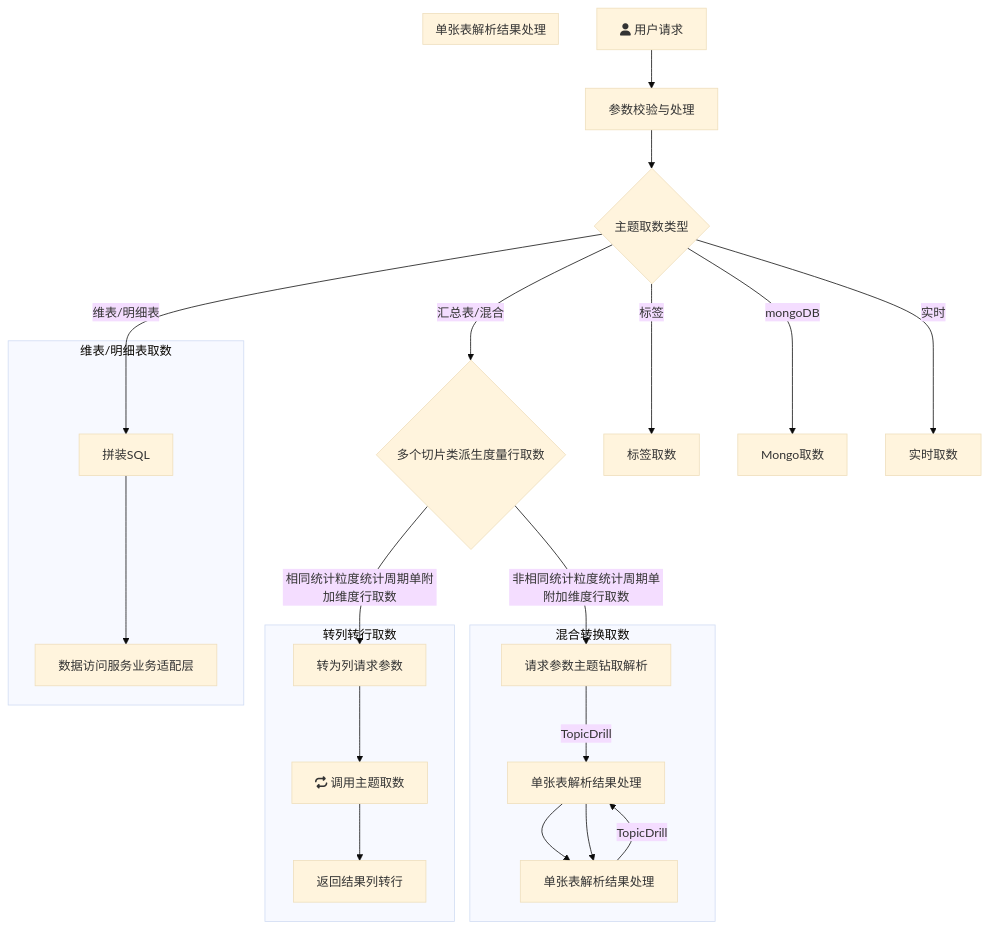
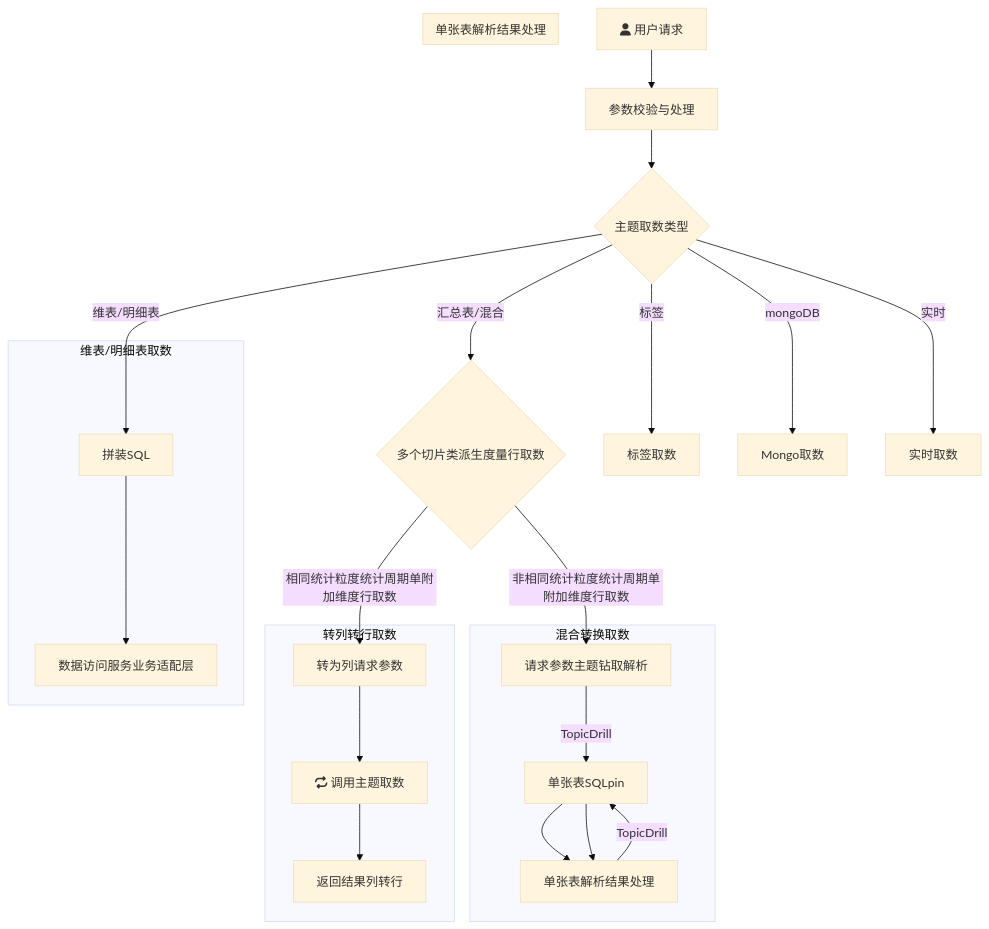
Before and after one commit to yanglosm/iodraw-files: the diagram in all/未命名.md, drawn with Mermaid (base theme).

Commit message:
2024-11-29 18:45:20 update

````diff
--- a/all/未命名.md
+++ b/all/未命名.md
@@ -1,23 +1,23 @@
 ```mermaid
 flowchart TD
     A[fa:fa-user 用户请求] -->A1[参数校验与处理] --> B{主题取数类型}
     B -->|维表/明细表| D[拼装SQL]
     B -->|汇总表/混合| E{多个切片类派生度量行取数}
     B -->|标签| F[标签取数]
     B -->|mongoDB| G[Mongo取数]
     B -->|实时| H[实时取数]
     E -->|相同统计粒度统计周期单附加维度行取数| E1[转为列请求参数]
     E -->|非相同统计粒度统计周期单附加维度行取数| T1[请求参数主题钻取解析]
     subgraph 维表/明细表取数
     D-->D1[数据访问服务业务适配层]
     end
     subgraph 转列转行取数
     E1-->E11[fa:fa-repeat 调用主题取数]-->E12[返回结果列转行]
     end
     subgraph 混合转换取数
     T1-->|TopicDrill| T2[维表取数鉴权] --> T3[单张表解析结果处理]
     end
     subgraph 单张表解析结果处理
-    T3-->|TopicDrill| T2[单张表解析结果处理] --> T3[单张表解析结果处理]
+    T3-->|TopicDrill| T2[单张表SQLpin] --> T3[单张表解析结果处理]
     end
 ```
````
